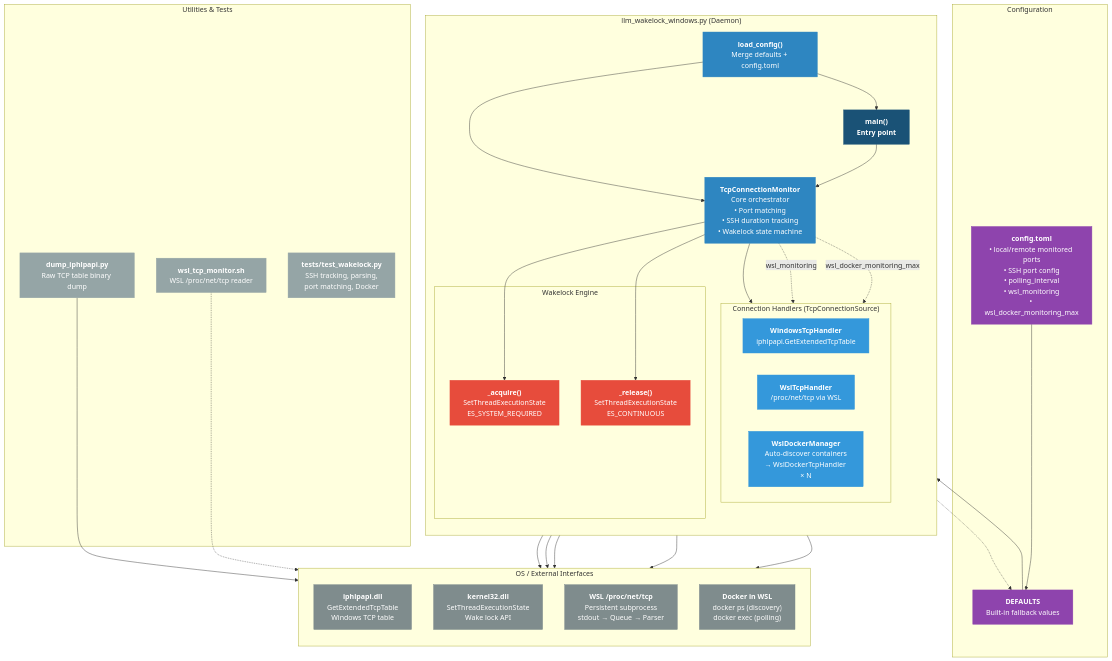
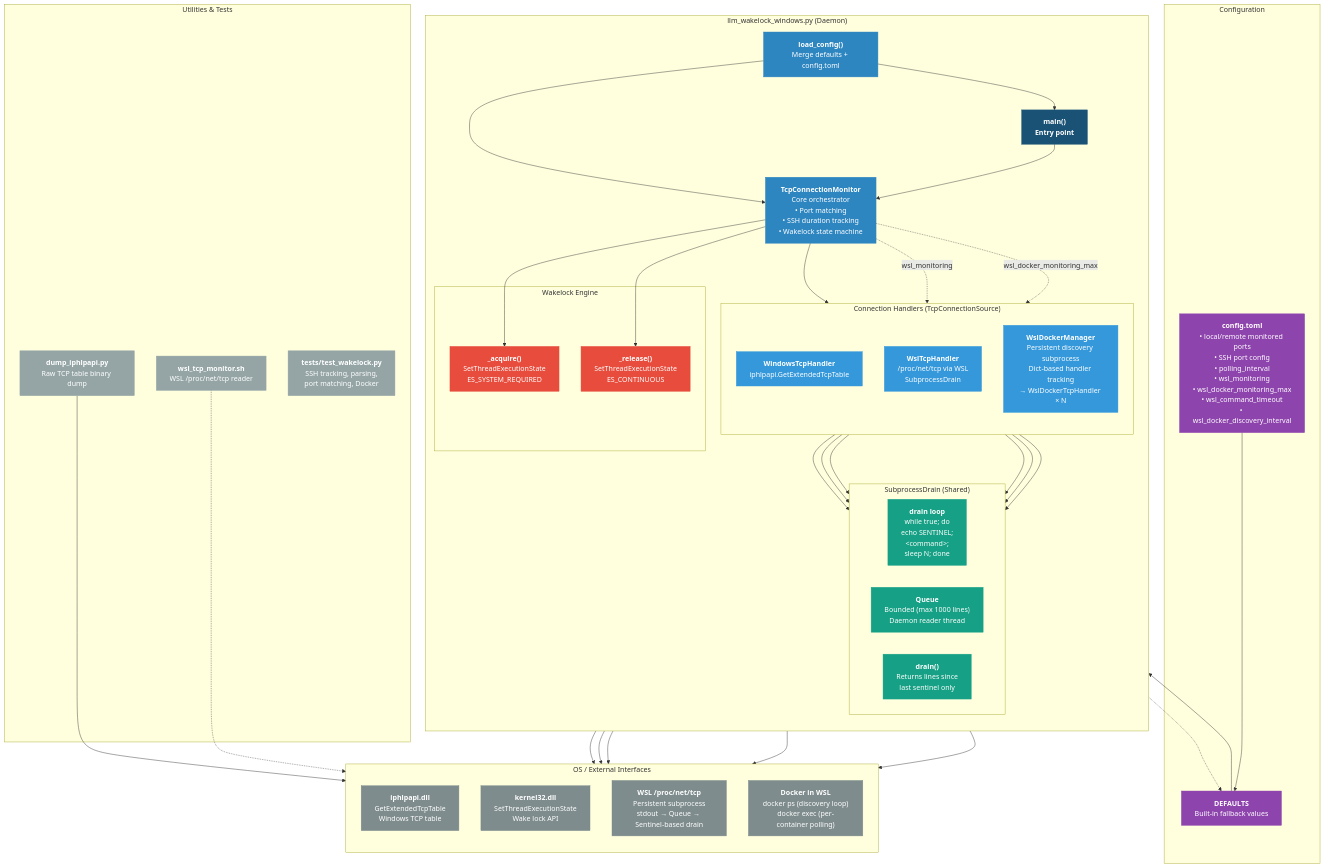
The first of 2 diagrams in docs/component-diagram.md (JonathanKChang/llm_wakelock_windows), drawn with Mermaid before and after one commit. The commit also changed other lines of this file and 3 other files, not shown here.

First line of the commit message:
docs: update all diagrams for SubprocessDrain architecture

````diff
--- a/docs/component-diagram.md
+++ b/docs/component-diagram.md
@@ -9,10 +9,17 @@
         Monitor["<b>TcpConnectionMonitor</b><br/>Core orchestrator<br/>• Port matching<br/>• SSH duration tracking<br/>• Wakelock state machine"]:::core
 
         subgraph Handlers["Connection Handlers (TcpConnectionSource)"]
+            direction TB
+            WinHandler["<b>WindowsTcpHandler</b><br/>iphlpapi.GetExtendedTcpTable"]:::handler
+            WslHandler["<b>WslTcpHandler</b><br/>/proc/net/tcp via WSL<br/>SubprocessDrain"]:::handler
+            DockerMgr["<b>WslDockerManager</b><br/>Persistent discovery subprocess<br/>Dict-based handler tracking<br/>→ WslDockerTcpHandler × N"]:::handler
+        end
+
+        subgraph SubprocessDrain["SubprocessDrain (Shared)"]
             direction LR
-            WinHandler["<b>WindowsTcpHandler</b><br/>iphlpapi.GetExtendedTcpTable"]:::handler
-            WslHandler["<b>WslTcpHandler</b><br/>/proc/net/tcp via WSL"]:::handler
-            DockerMgr["<b>WslDockerManager</b><br/>Auto-discover containers<br/>→ WslDockerTcpHandler × N"]:::handler
+            DrainLoop["<b>drain loop</b><br/>while true; do<br/>  echo SENTINEL;<br/>  &lt;command&gt;;<br/>  sleep N; done"]:::drain
+            DrainQueue["<b>Queue</b><br/>Bounded (max 1000 lines)<br/>Daemon reader thread"]:::drain
+            DrainLogic["<b>drain()</b><br/>Returns lines since<br/>last sentinel only"]:::drain
         end
 
         subgraph Wakelock["Wakelock Engine"]
@@ -22,7 +29,7 @@
     end
 
     subgraph Configuration["Configuration"]
-        ConfigFile["<b>config.toml</b><br/>• local/remote monitored ports<br/>• SSH port config<br/>• polling_interval<br/>• wsl_monitoring<br/>• wsl_docker_monitoring_max"]:::config
+        ConfigFile["<b>config.toml</b><br/>• local/remote monitored ports<br/>• SSH port config<br/>• polling_interval<br/>• wsl_monitoring<br/>• wsl_docker_monitoring_max<br/>• wsl_command_timeout<br/>• wsl_docker_discovery_interval"]:::config
         Defaults["<b>DEFAULTS</b><br/>Built-in fallback values"]:::config
     end
 
@@ -30,8 +37,8 @@
         direction TB
         Iphlpapi["<b>iphlpapi.dll</b><br/>GetExtendedTcpTable<br/>Windows TCP table"]:::os
         Kernel32["<b>kernel32.dll</b><br/>SetThreadExecutionState<br/>Wake lock API"]:::os
-        WSL["<b>WSL /proc/net/tcp</b><br/>Persistent subprocess<br/>stdout → Queue → Parser"]:::os
-        Docker["<b>Docker in WSL</b><br/>docker ps (discovery)<br/>docker exec (polling)"]:::os
+        WSL["<b>WSL /proc/net/tcp</b><br/>Persistent subprocess<br/>stdout → Queue → Sentinel-based drain"]:::os
+        Docker["<b>Docker in WSL</b><br/>docker ps (discovery loop)<br/>docker exec (per-container polling)"]:::os
     end
 
     subgraph Utilities["Utilities & Tests"]
@@ -66,6 +73,14 @@
     Acquire --> Kernel32
     Release --> Kernel32
 
+    %% SubprocessDrain used by handlers
+    WslHandler --> DrainLoop
+    WslHandler --> DrainQueue
+    WslHandler --> DrainLogic
+    DockerMgr --> DrainLoop
+    DockerMgr --> DrainQueue
+    DockerMgr --> DrainLogic
+
     %% Utilities
     DumpTool --> Iphlpapi
     WslScript -.-> WSL
@@ -77,4 +92,5 @@
     classDef config fill:#8e44ad,stroke:#8e44ad,color:#fff
     classDef os fill:#7f8c8d,stroke:#7f8c8d,color:#fff
     classDef util fill:#95a5a6,stroke:#95a5a6,color:#fff
+    classDef drain fill:#16a085,stroke:#16a085,color:#fff
 ```
````
